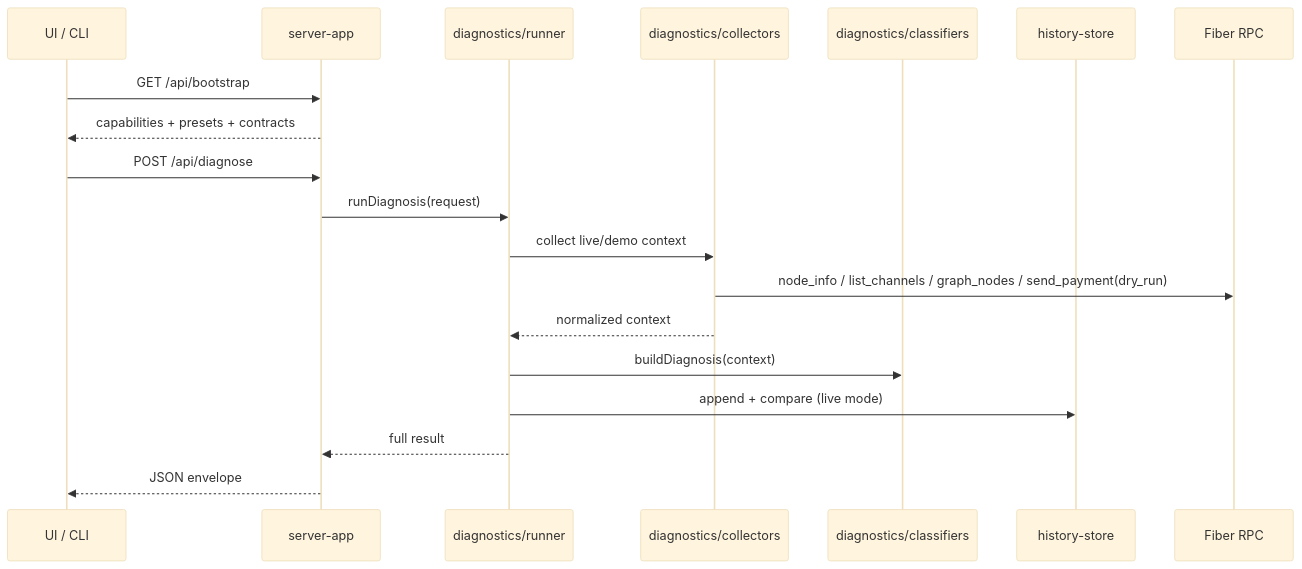
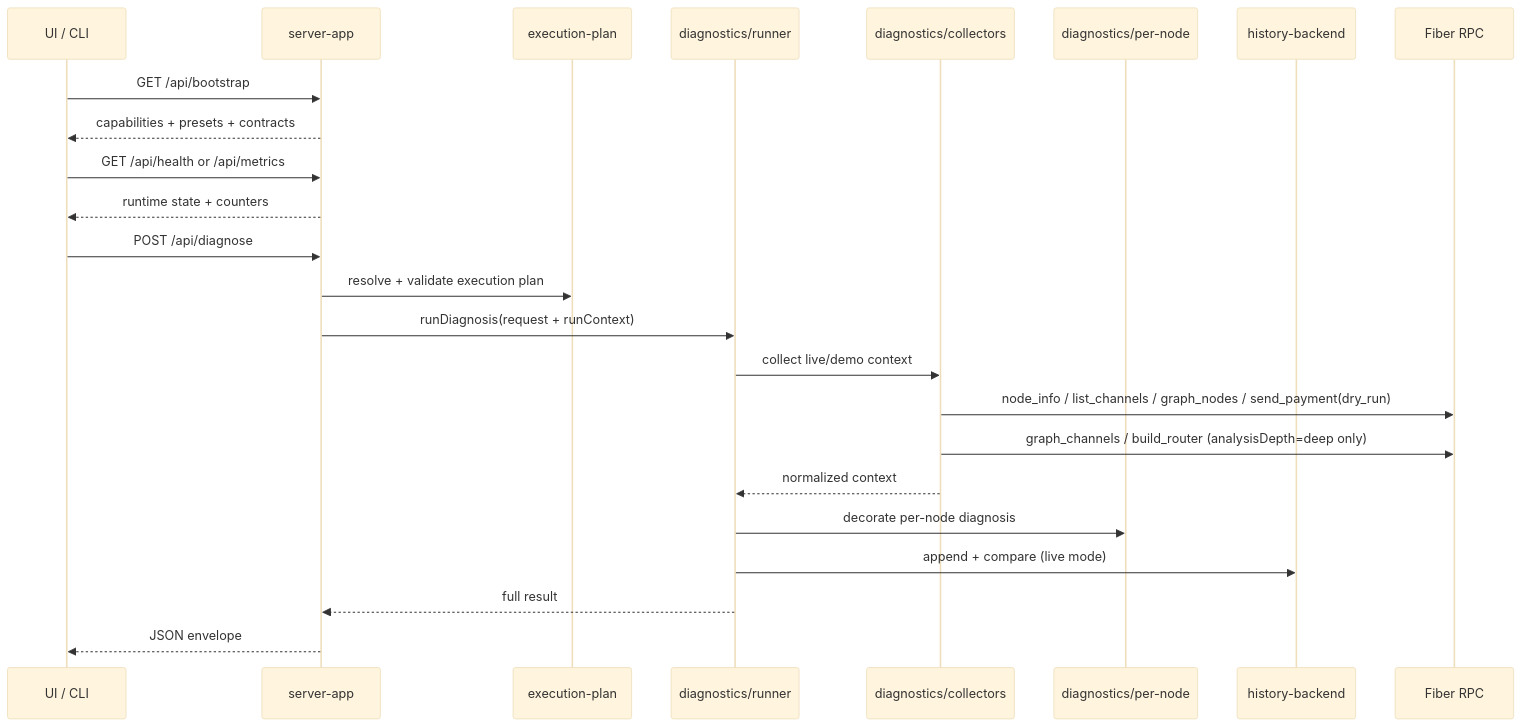
The second of 2 diagrams in docs/architecture.md (Jeremicarose/FiberOps), drawn with Mermaid (base theme) before and after one commit. The commit also changed other lines of this file and 83 other files, not shown here.

````diff
--- a/docs/architecture.md
+++ b/docs/architecture.md
@@ -20,23 +29,28 @@
 ```mermaid
 sequenceDiagram
   participant UI as UI / CLI
   participant Server as server-app
+  participant Plan as execution-plan
   participant Runner as diagnostics/runner
   participant Collectors as diagnostics/collectors
-  participant Classifiers as diagnostics/classifiers
-  participant History as history-store
+  participant Nodes as diagnostics/per-node
+  participant History as history-backend
   participant RPC as Fiber RPC
 
   UI->>Server: GET /api/bootstrap
   Server-->>UI: capabilities + presets + contracts
+  UI->>Server: GET /api/health or /api/metrics
+  Server-->>UI: runtime state + counters
 
   UI->>Server: POST /api/diagnose
-  Server->>Runner: runDiagnosis(request)
+  Server->>Plan: resolve + validate execution plan
+  Server->>Runner: runDiagnosis(request + runContext)
   Runner->>Collectors: collect live/demo context
   Collectors->>RPC: node_info / list_channels / graph_nodes / send_payment(dry_run)
+  Collectors->>RPC: graph_channels / build_router (analysisDepth=deep only)
   Collectors-->>Runner: normalized context
-  Runner->>Classifiers: buildDiagnosis(context)
+  Runner->>Nodes: decorate per-node diagnosis
   Runner->>History: append + compare (live mode)
   Runner-->>Server: full result
   Server-->>UI: JSON envelope
 ```
````
